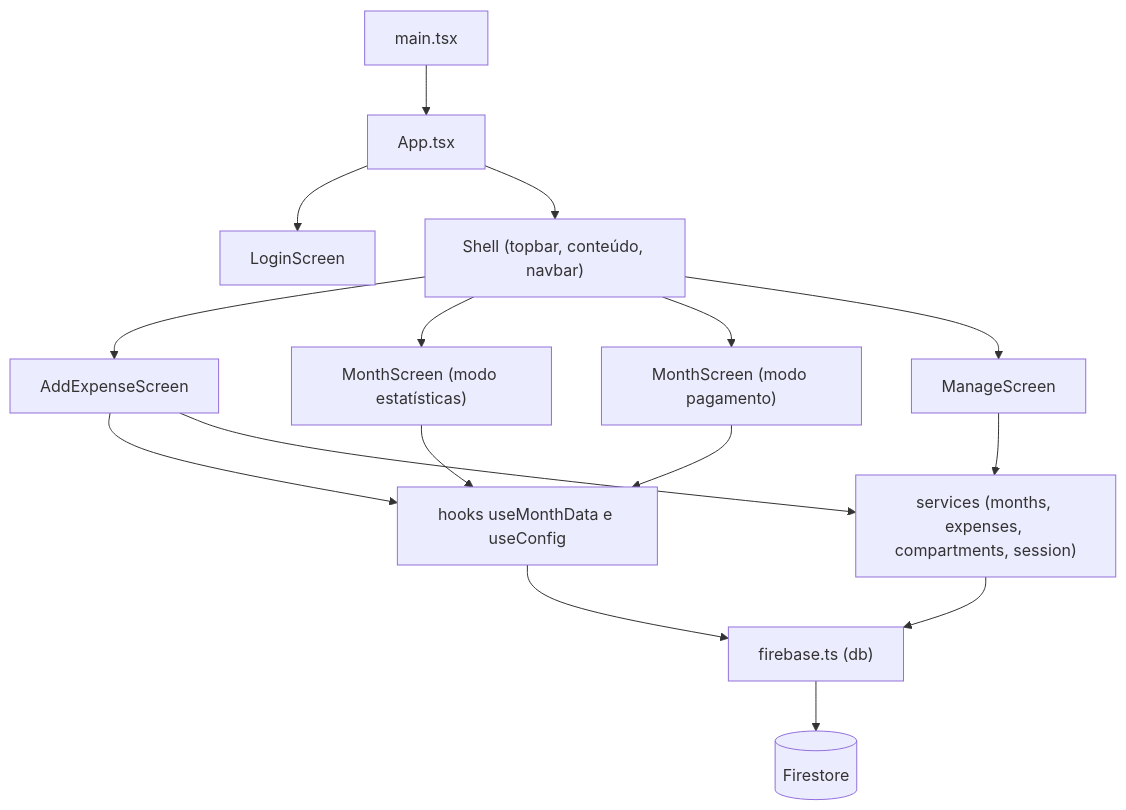
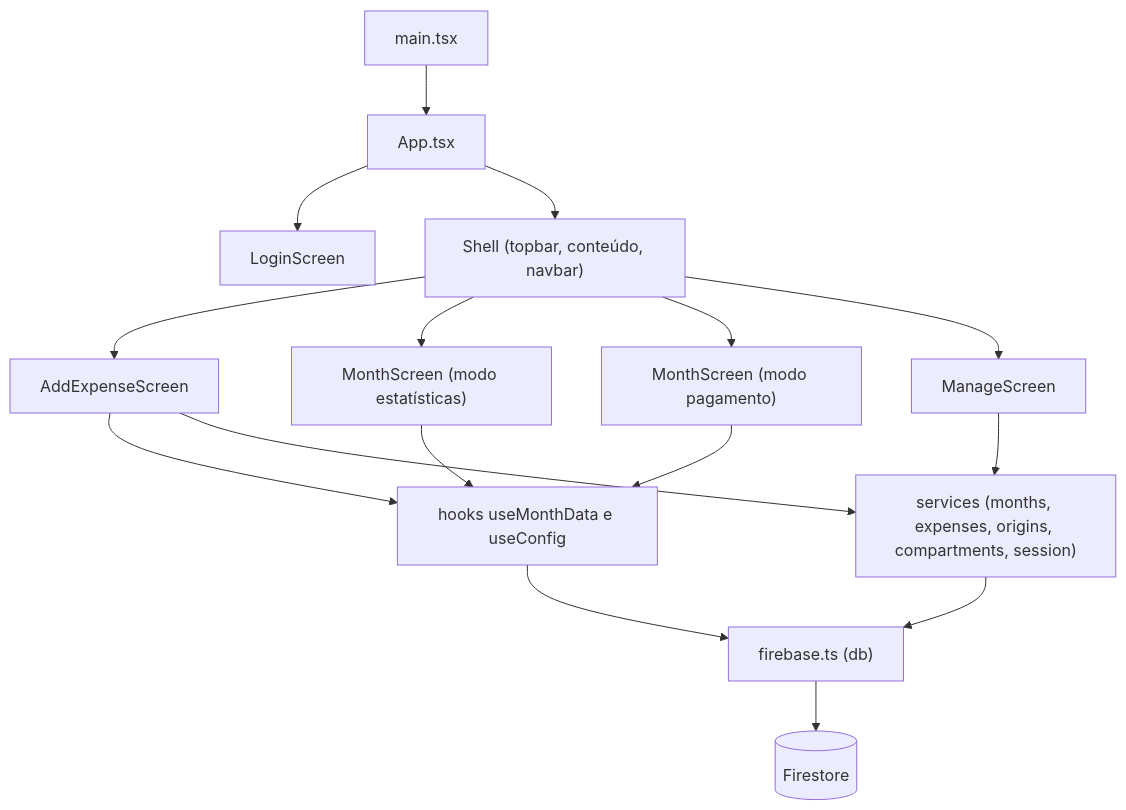
The diagram in docs/01-arquitetura.md (RuanPS01/cash-organizer-web), drawn with Mermaid before and after one commit. The commit also changed other lines of this file and 20 other files, not shown here.

````diff
--- a/docs/01-arquitetura.md
+++ b/docs/01-arquitetura.md
@@ -14,18 +14,18 @@
 ```mermaid
 flowchart TD
   A["main.tsx"] --> B["App.tsx"]
   B --> C["LoginScreen"]
   B --> D["Shell (topbar, conteúdo, navbar)"]
   D --> E["AddExpenseScreen"]
   D --> F["MonthScreen (modo estatísticas)"]
   D --> G["MonthScreen (modo pagamento)"]
   D --> H["ManageScreen"]
   E --> I["hooks useMonthData e useConfig"]
   F --> I
   G --> I
   H --> J
-  E --> J["services (months, expenses, compartments, session)"]
+  E --> J["services (months, expenses, origins, compartments, session)"]
   I --> K["firebase.ts (db)"]
   J --> K
   K --> L[("Firestore")]
 ```
````
